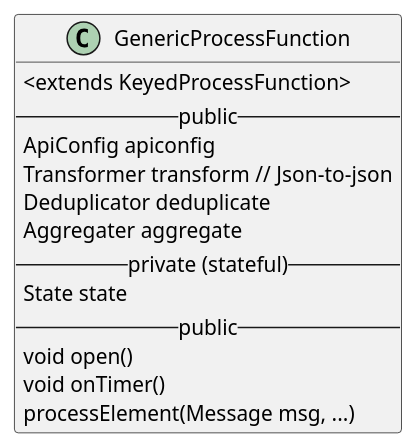
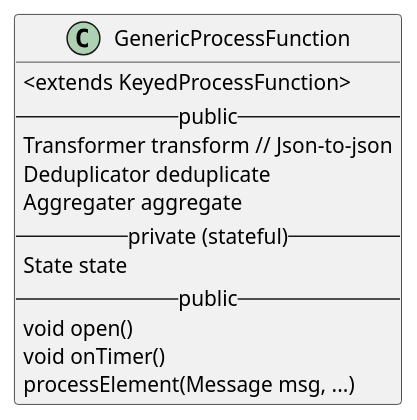
One commit to datakaveri/iudx-adaptor-framework changed the diagram in docs/diagrams/GenericProcessFunction.puml. Above: the diagram before and after it, drawn with PlantUML. The commit also changed 20 other files, not shown here.

Commit message:
SimpleB flow working. Removed cascading deps in ApiConig.

```diff
--- a/docs/diagrams/GenericProcessFunction.puml
+++ b/docs/diagrams/GenericProcessFunction.puml
@@ -1,16 +1,15 @@
 @startuml
 class GenericProcessFunction  {
     <extends KeyedProcessFunction>
   -- public --
-  ApiConfig apiconfig
   Transformer transform // Json-to-json
   Deduplicator deduplicate
   Aggregater aggregate
   -- private (stateful) --
   State state
   -- public --
   void open()
   void onTimer()
   processElement(Message msg, ...)
 }
 @enduml
```
